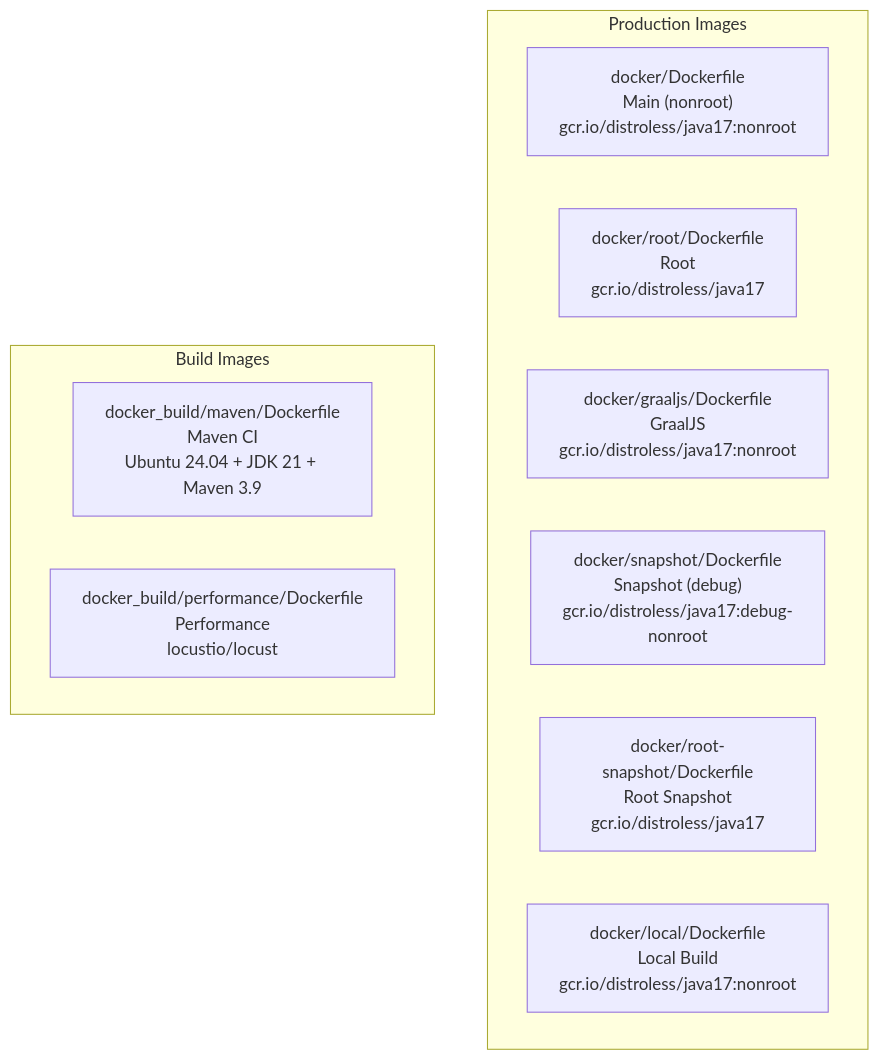
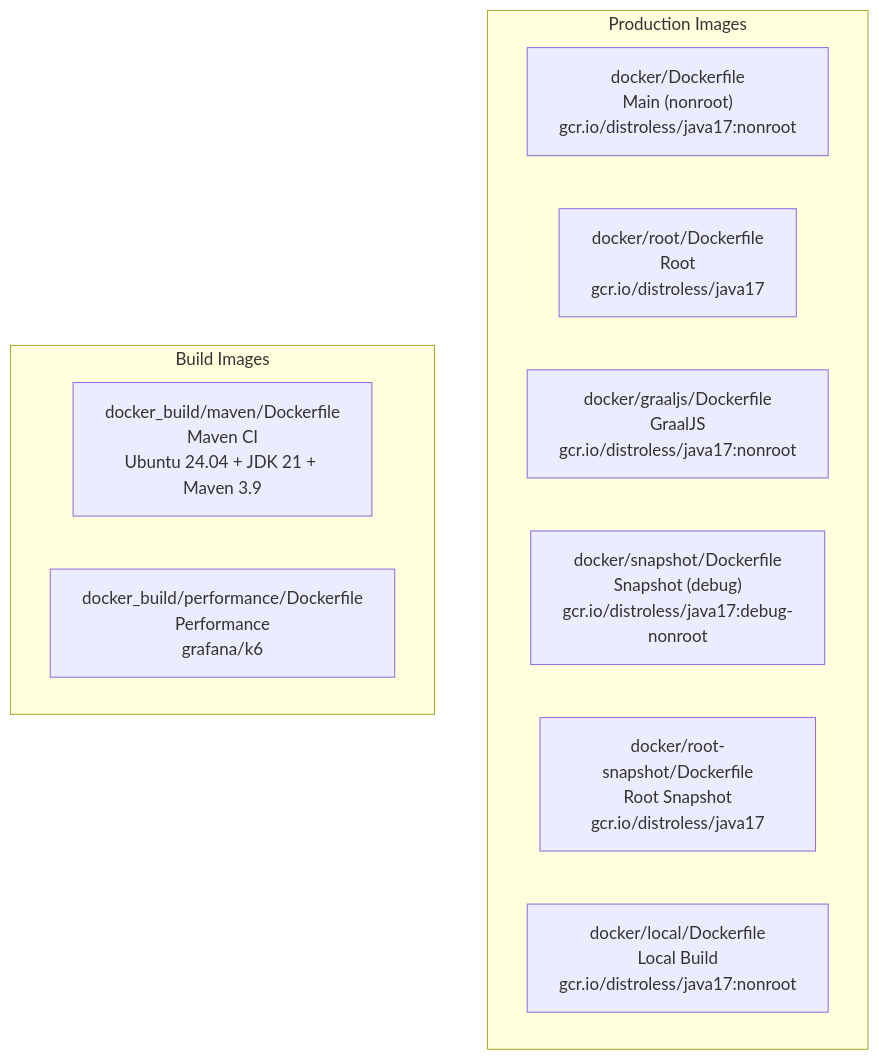
Before and after one commit to weotr/mockserver-monorepo: the first of 3 diagrams in docs/infrastructure/docker.md, drawn with Mermaid. The commit also changed other lines of this file and 7 other files, not shown here.

````diff
--- a/docs/infrastructure/docker.md
+++ b/docs/infrastructure/docker.md
@@ -7,32 +7,32 @@
 ```mermaid
 graph TB
     subgraph "Production Images"
         MAIN["docker/Dockerfile
 Main (nonroot)
 gcr.io/distroless/java17:nonroot"]
         ROOT["docker/root/Dockerfile
 Root
 gcr.io/distroless/java17"]
         GRAAL["docker/graaljs/Dockerfile
 GraalJS
 gcr.io/distroless/java17:nonroot"]
         SNAP["docker/snapshot/Dockerfile
 Snapshot (debug)
 gcr.io/distroless/java17:debug-nonroot"]
         RSNAP["docker/root-snapshot/Dockerfile
 Root Snapshot
 gcr.io/distroless/java17"]
         LOCAL["docker/local/Dockerfile
 Local Build
 gcr.io/distroless/java17:nonroot"]
     end
 
     subgraph "Build Images"
         MVN["docker_build/maven/Dockerfile
 Maven CI
 Ubuntu 24.04 + JDK 21 + Maven 3.9"]
         PERF["docker_build/performance/Dockerfile
 Performance
-locustio/locust"]
+grafana/k6"]
     end
 ```
````
